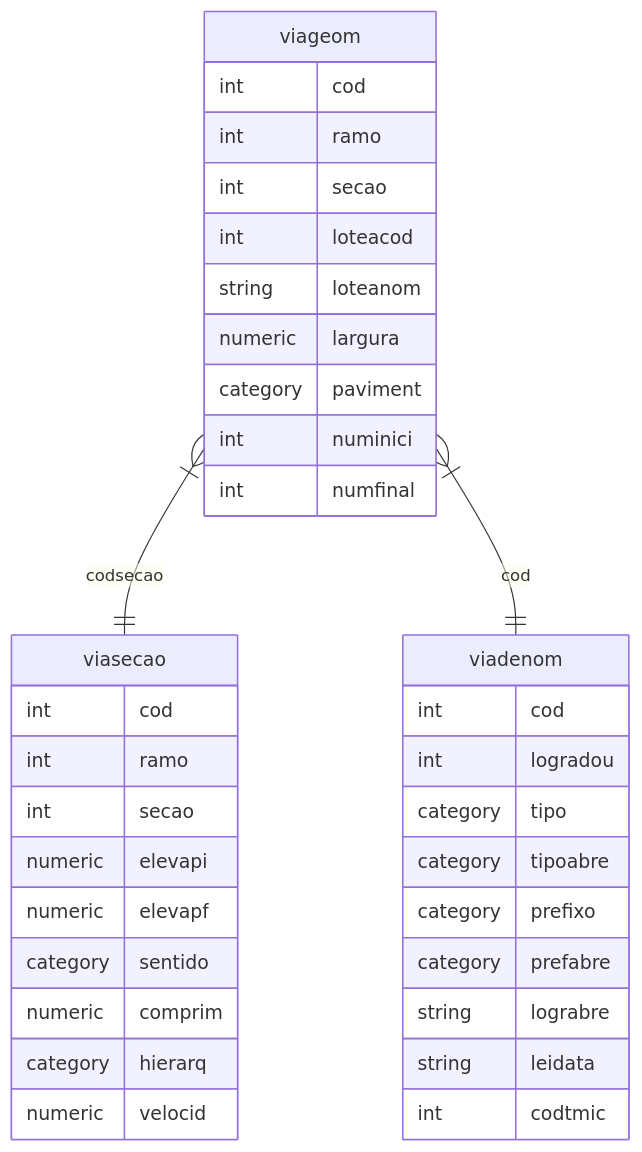
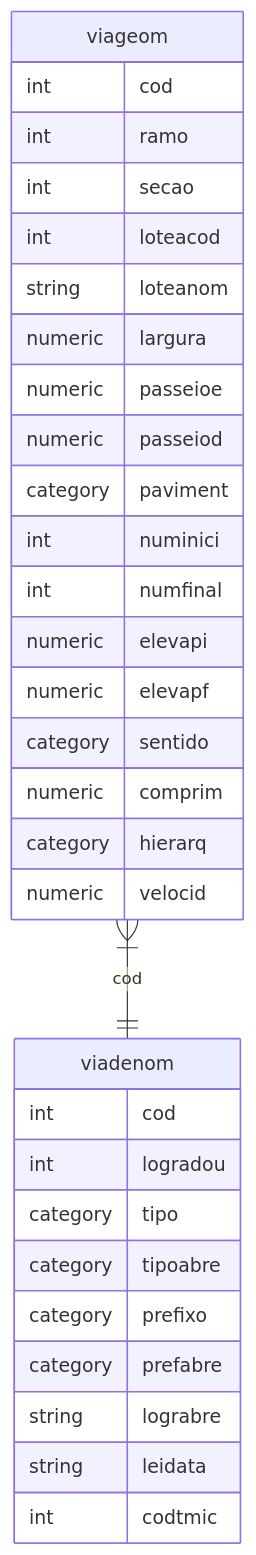
The diagram in urb/sistema_viario.md (jaceguay/notes), drawn with Mermaid before and after one commit. The commit also changed other lines of this file and 3 other files, not shown here.

````diff
--- a/urb/sistema_viario.md
+++ b/urb/sistema_viario.md
@@ -5,38 +10,34 @@
 ```mermaid
 erDiagram
-   viageom }|--|| viasecao : codsecao
+   viageom }|--|| viadenom : cod
    viageom {
        int cod
        int ramo
        int secao
        int loteacod
        string loteanom
        numeric largura
+       numeric passeioe
+       numeric passeiod
        category paviment
        int numinici
        int numfinal
-   }
-   viasecao {
-       int cod
-       int ramo
-       int secao
        numeric elevapi
        numeric elevapf
        category sentido
        numeric comprim
        category hierarq
        numeric velocid
    }
-   viageom }|--|| viadenom : cod
    viadenom {
        int cod
        int logradou
        category tipo
        category tipoabre
        category prefixo
        category prefabre
        string lograbre
        string leidata
        int codtmic
    }
 ```
````
